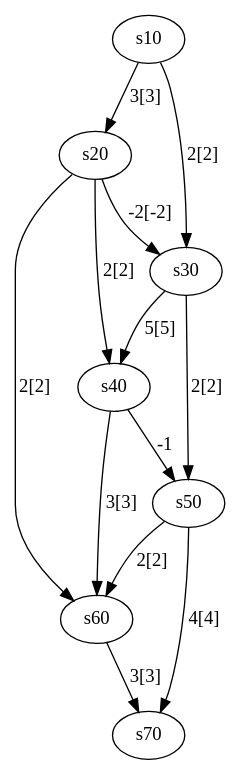
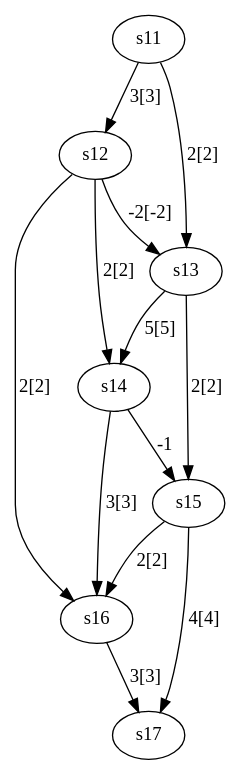
One commit to NdongPotter/Rooting-toolbox changed the diagram in TEST_4.dot. Above: the diagram before and after it, drawn with Graphviz. The commit also changed 7 other files, not shown here.

```diff
--- a/TEST_4.dot
+++ b/TEST_4.dot
@@ -1,15 +1,15 @@
 digraph G {
-	s10 -> s20 [label = "3[3]"];
-	s10 -> s30 [label = "2[2]"];
-	s20 -> s30 [label = "-2[-2]"];
-	s20 -> s40 [label = "2[2]"];
-	s20 -> s60 [label = "2[2]"];
-	s30 -> s40 [label = "5[5]"];
-	s30 -> s50 [label = "2[2]"];
-	s40 -> s50 [label = "-1"];
-	s40 -> s60 [label = "3[3]"];
-	s50 -> s60 [label = "2[2]"];
-	s50 -> s70 [label = "4[4]"];
-	s60 -> s70 [label = "3[3]"];
-	s70;
+	s11 -> s12 [label = "3[3]"];
+	s11 -> s13 [label = "2[2]"];
+	s12 -> s13 [label = "-2[-2]"];
+	s12 -> s14 [label = "2[2]"];
+	s12 -> s16 [label = "2[2]"];
+	s13 -> s14 [label = "5[5]"];
+	s13 -> s15 [label = "2[2]"];
+	s14 -> s15 [label = "-1"];
+	s14 -> s16 [label = "3[3]"];
+	s15 -> s16 [label = "2[2]"];
+	s15 -> s17 [label = "4[4]"];
+	s16 -> s17 [label = "3[3]"];
+	s17;
 }
```
